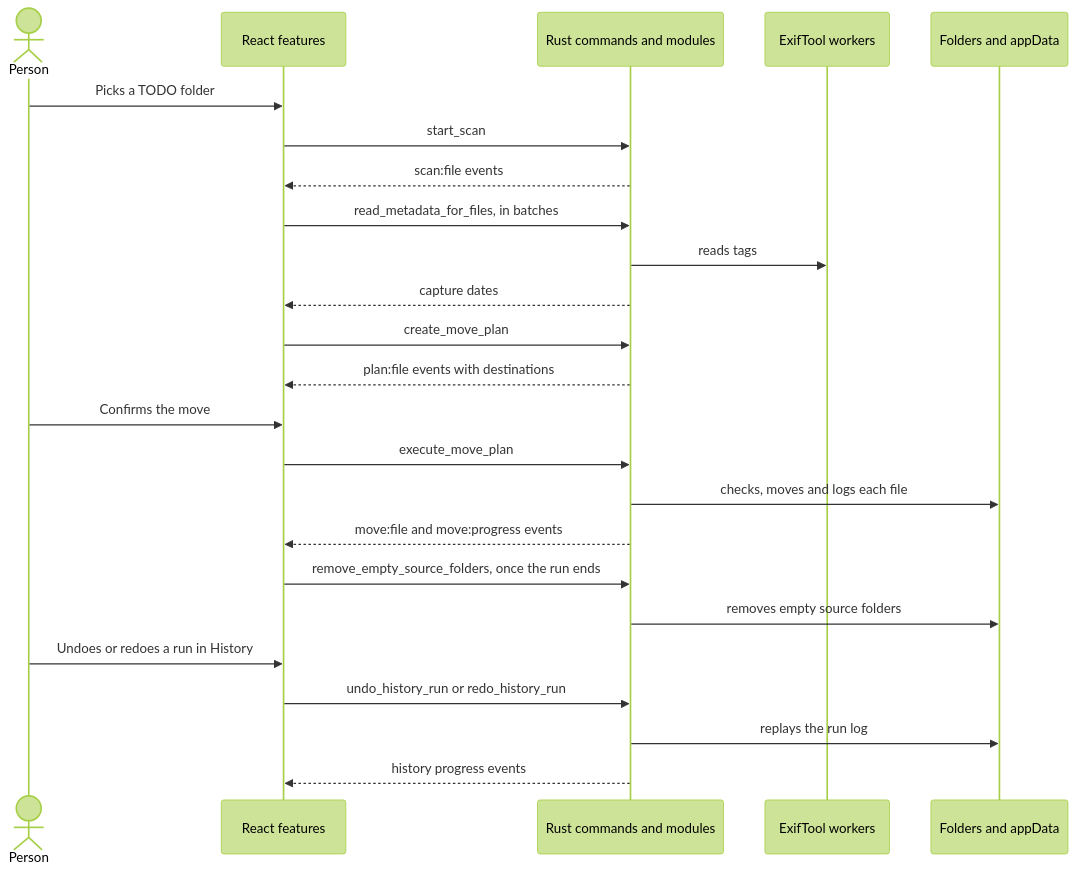
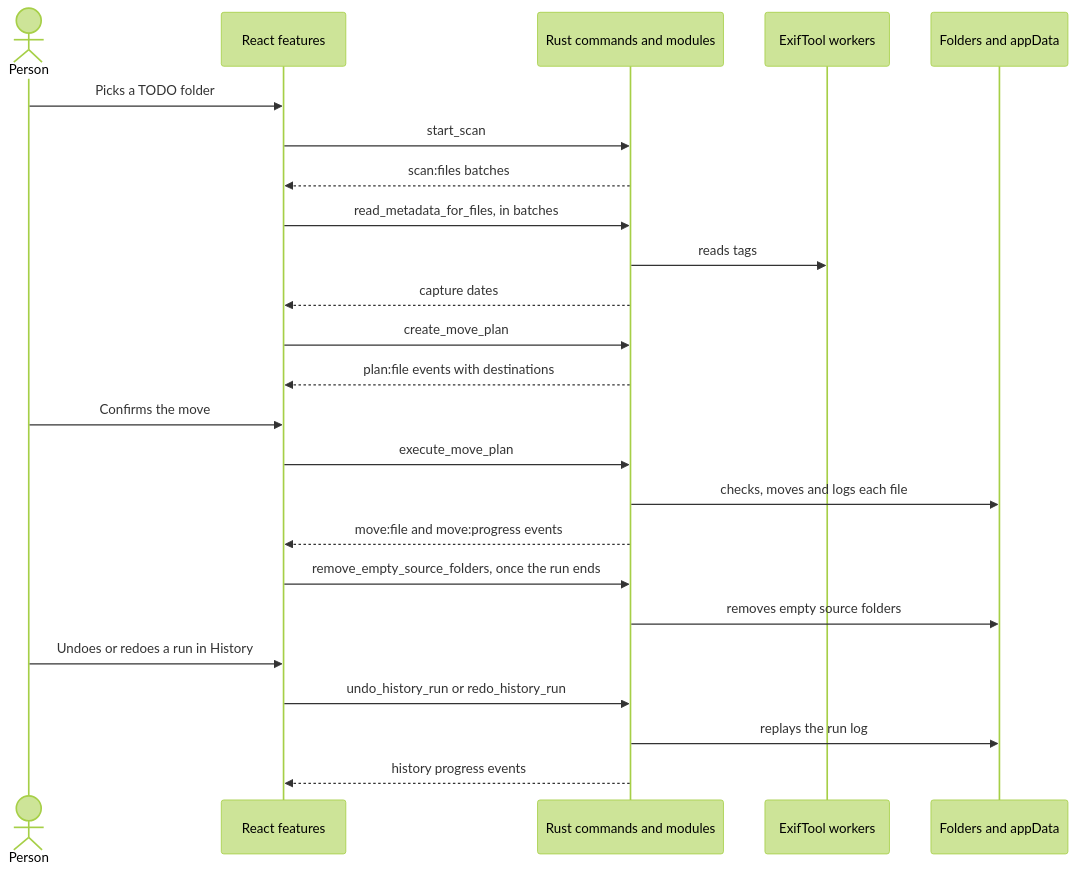
The second of 3 diagrams in docs/architecture.md (oleg-chibikov/media-organizer), drawn with Mermaid (forest theme) before and after one commit. The commit also changed 10 other files, not shown here.

````diff
--- a/docs/architecture.md
+++ b/docs/architecture.md
@@ -36,26 +36,26 @@
 ```mermaid
 sequenceDiagram
   actor Person
   participant UI as React features
   participant Rust as Rust commands and modules
   participant Exif as ExifTool workers
   participant Disk as Folders and appData
   Person->>UI: Picks a TODO folder
   UI->>Rust: start_scan
-  Rust-->>UI: scan:file events
+  Rust-->>UI: scan:files batches
   UI->>Rust: read_metadata_for_files, in batches
   Rust->>Exif: reads tags
   Rust-->>UI: capture dates
   UI->>Rust: create_move_plan
   Rust-->>UI: plan:file events with destinations
   Person->>UI: Confirms the move
   UI->>Rust: execute_move_plan
   Rust->>Disk: checks, moves and logs each file
   Rust-->>UI: move:file and move:progress events
   UI->>Rust: remove_empty_source_folders, once the run ends
   Rust->>Disk: removes empty source folders
   Person->>UI: Undoes or redoes a run in History
   UI->>Rust: undo_history_run or redo_history_run
   Rust->>Disk: replays the run log
   Rust-->>UI: history progress events
 ```
````
